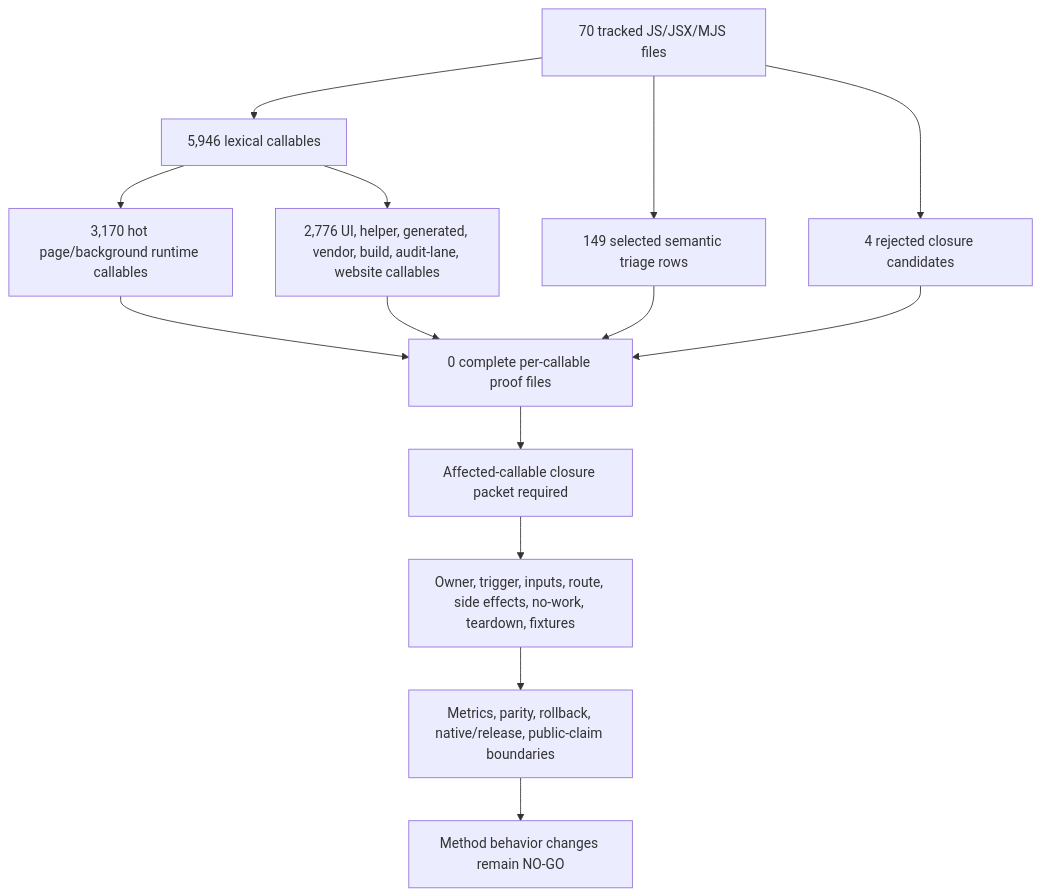
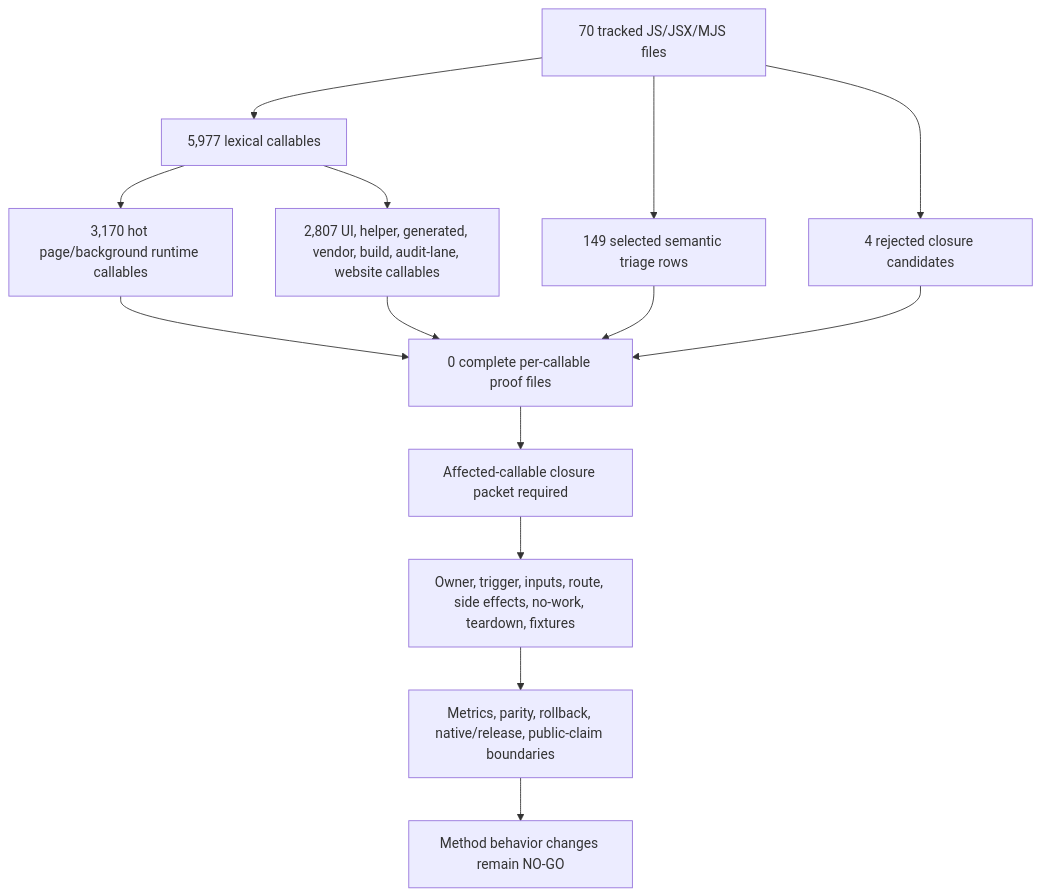
The first of 2 diagrams in docs/audit/FILTERTUBE_METHOD_SEMANTIC_PROOF_GAP_INDEX_CURRENT_BEHAVIOR_2026-05-25.md (varshneydevansh/FilterTube), drawn with Mermaid before and after one commit. The commit also changed other lines of this file and 48 other files, not shown here.

````diff
--- a/docs/audit/FILTERTUBE_METHOD_SEMANTIC_PROOF_GAP_INDEX_CURRENT_BEHAVIOR_2026-05-25.md
+++ b/docs/audit/FILTERTUBE_METHOD_SEMANTIC_PROOF_GAP_INDEX_CURRENT_BEHAVIOR_2026-05-25.md
@@ -147,16 +147,16 @@
 ```mermaid
 flowchart TD
-  A["70 tracked JS/JSX/MJS files"] --> B["5,946 lexical callables"]
+  A["70 tracked JS/JSX/MJS files"] --> B["5,977 lexical callables"]
   B --> C["3,170 hot page/background runtime callables"]
-  B --> D["2,776 UI, helper, generated, vendor, build, audit-lane, website callables"]
+  B --> D["2,807 UI, helper, generated, vendor, build, audit-lane, website callables"]
   A --> E["149 selected semantic triage rows"]
   A --> F["4 rejected closure candidates"]
   C --> G["0 complete per-callable proof files"]
   D --> G
   E --> G
   F --> G
   G --> H["Affected-callable closure packet required"]
   H --> I["Owner, trigger, inputs, route, side effects, no-work, teardown, fixtures"]
   I --> J["Metrics, parity, rollback, native/release, public-claim boundaries"]
   J --> K["Method behavior changes remain NO-GO"]
 ```
````
